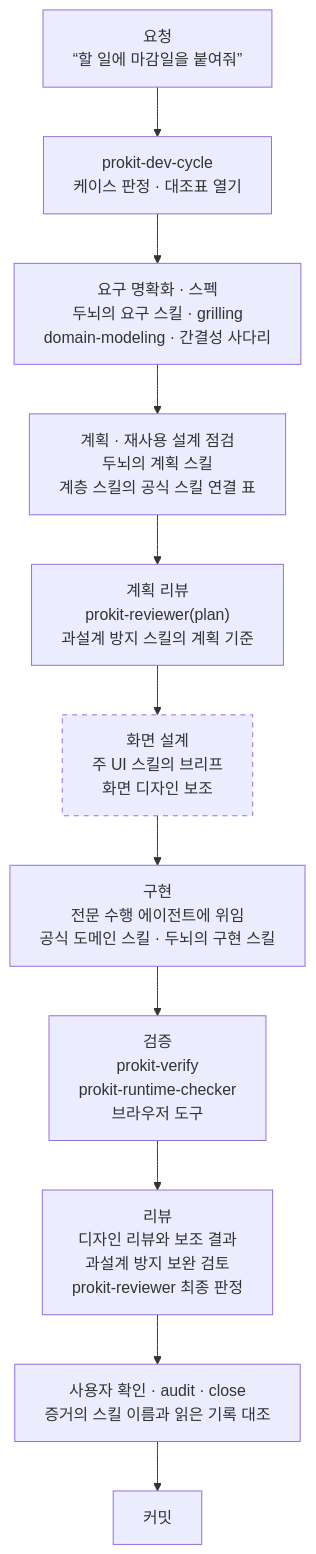
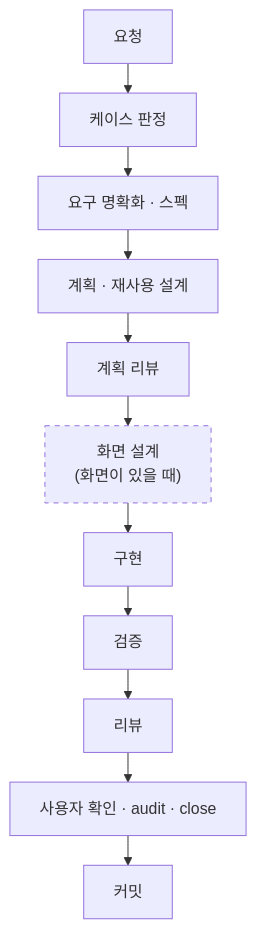
One commit to roadkwon-ai/pro-kit-ui changed the third of 4 diagrams in handbook/skills/skill-map.md. Above: the diagram before and after it, drawn with Mermaid. The commit also changed other lines of this file and 41 other files, not shown here.

````diff
--- a/handbook/skills/skill-map.md
+++ b/handbook/skills/skill-map.md
@@ -39,20 +63,23 @@
 ```mermaid
 ---
 config:
   flowchart:
-    wrappingWidth: 240
+    wrappingWidth: 200
+    rankSpacing: 30
 ---
 flowchart TB
-  R["요청<br/>“할 일에 마감일을 붙여줘”"] --> DC["prokit-dev-cycle<br/>케이스 판정 · 대조표 열기"]
-  DC --> S1["요구 명확화 · 스펙<br/>두뇌의 요구 스킬 · grilling<br/>domain-modeling · 간결성 사다리"]
-  S1 --> S2["계획 · 재사용 설계 점검<br/>두뇌의 계획 스킬<br/>계층 스킬의 공식 스킬 연결 표"]
-  S2 --> PR["계획 리뷰<br/>prokit-reviewer(plan)<br/>과설계 방지 스킬의 계획 기준"]
-  PR --> D["화면 설계<br/>주 UI 스킬의 브리프<br/>화면 디자인 보조"]
-  D --> IMP["구현<br/>전문 수행 에이전트에 위임<br/>공식 도메인 스킬 · 두뇌의 구현 스킬"]
-  IMP --> V["검증<br/>prokit-verify<br/>prokit-runtime-checker<br/>브라우저 도구"]
-  V --> RV["리뷰<br/>디자인 리뷰와 보조 결과<br/>과설계 방지 보완 검토<br/>prokit-reviewer 최종 판정"]
-  RV --> CL["사용자 확인 · audit · close<br/>증거의 스킬 이름과 읽은 기록 대조"]
+  accTitle: 새 기능 라운드의 단계
+  accDescr: 요청, 케이스 판정, 요구 명확화와 스펙, 계획과 재사용 설계, 계획 리뷰, 화면 설계(화면이 있을 때만), 구현, 검증, 리뷰, 사용자 확인과 audit과 close, 커밋 순서로 이어져요.
+  R["요청"] --> DC["케이스 판정"]
+  DC --> S1["요구 명확화 · 스펙"]
+  S1 --> S2["계획 · 재사용 설계"]
+  S2 --> PR["계획 리뷰"]
+  PR --> D["화면 설계<br/>(화면이 있을 때)"]
+  D --> IMP["구현"]
+  IMP --> V["검증"]
+  V --> RV["리뷰"]
+  RV --> CL["사용자 확인 · audit · close"]
   CL --> CM["커밋"]
   classDef opt stroke-dasharray: 5 5
   class D opt
 ```
````
